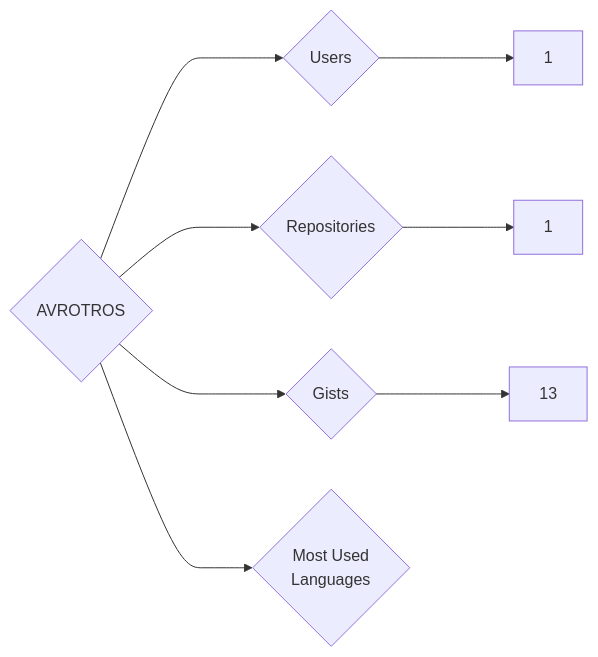
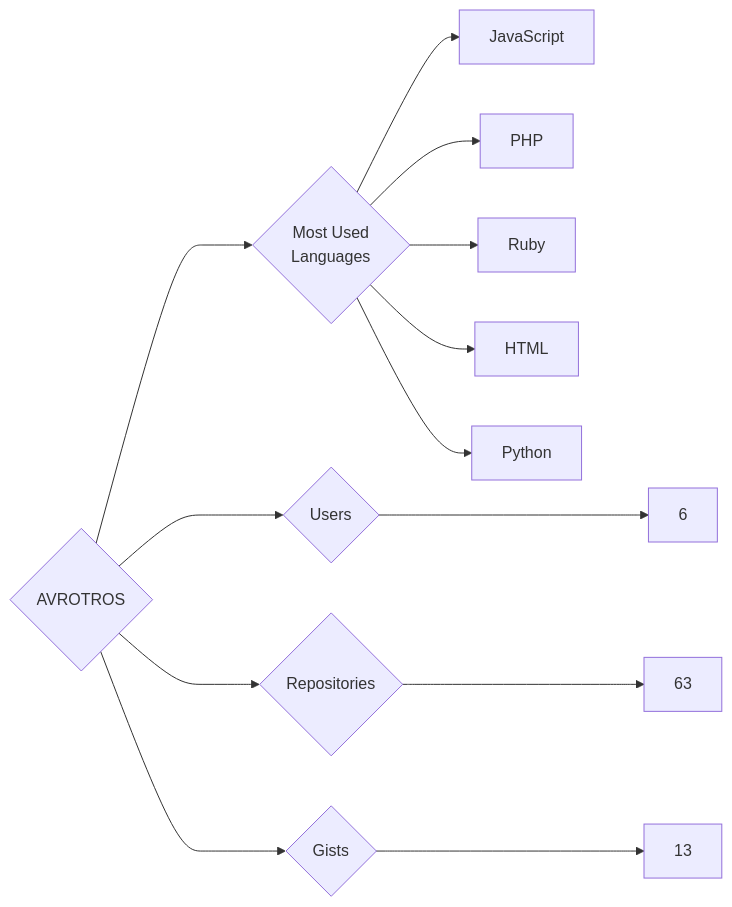
Before and after one commit to trickest/insiders: the diagram in targets/AVROTROS/README.md, drawn with Mermaid. The commit also changed 611 other files, not shown here.

````diff
--- a/targets/AVROTROS/README.md
+++ b/targets/AVROTROS/README.md
@@ -3,8 +3,13 @@
 ```mermaid
 graph LR
 COMPANY_NAME{AVROTROS}
-COMPANY_NAME ---> U{Users} ---> UN[1]
-COMPANY_NAME ---> R{Repositories} ---> RN[1]
+COMPANY_NAME ---> U{Users} ---> UN[6]
+COMPANY_NAME ---> R{Repositories} ---> RN[63]
 COMPANY_NAME ---> G{Gists} ---> GN[13]
 COMPANY_NAME ---> ML{Most Used<br>Languages}
+ML --> JavaScript[JavaScript]
+ML --> PHP[PHP]
+ML --> Ruby[Ruby]
+ML --> HTML[HTML]
+ML --> Python[Python]
 ```
````
